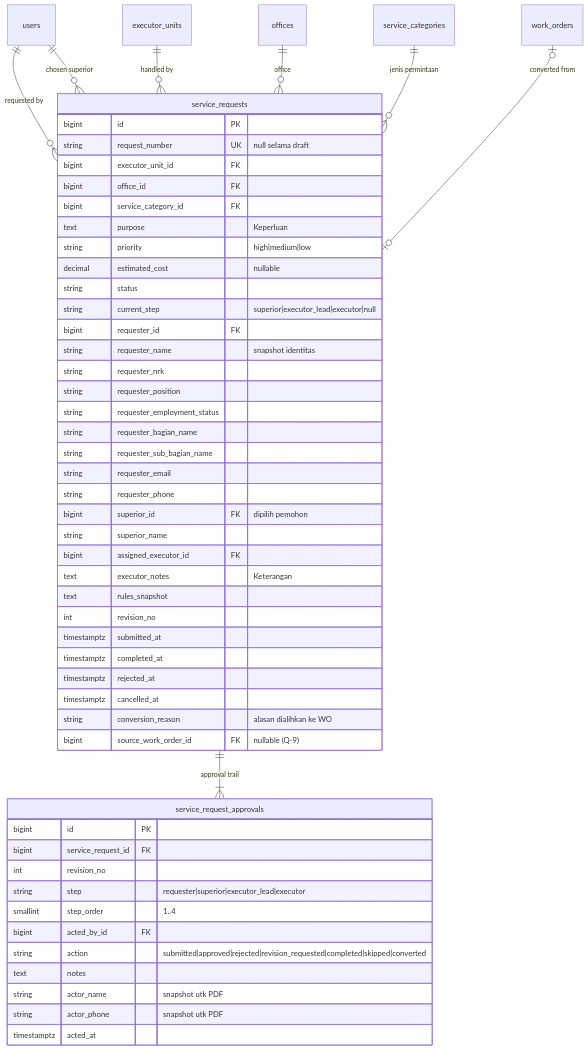
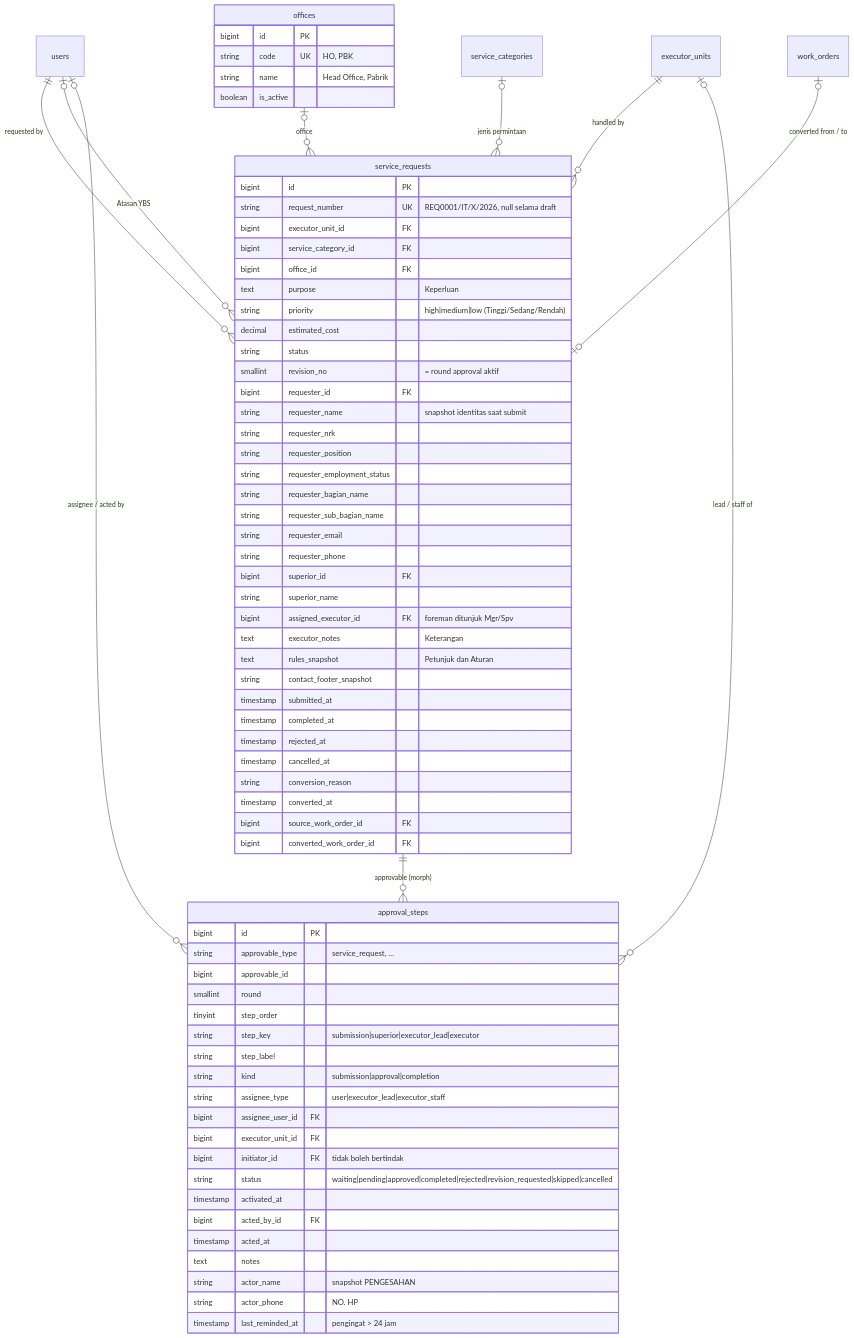
One commit to TomyLingga/pm changed the fourth of 6 diagrams in docs/ERD.md. Above: the diagram before and after it, drawn with Mermaid. The commit also changed other lines of this file and 366 other files, not shown here.

````diff
--- a/docs/ERD.md
+++ b/docs/ERD.md
@@ -390,57 +396,76 @@
 ```mermaid
 erDiagram
     users ||--o{ service_requests : "requested by"
-    users ||--o{ service_requests : "chosen superior"
+    users |o--o{ service_requests : "Atasan YBS"
     executor_units ||--o{ service_requests : "handled by"
-    offices ||--o{ service_requests : "office"
-    service_categories ||--o{ service_requests : "jenis permintaan"
-    service_requests ||--|{ service_request_approvals : "approval trail"
-    work_orders |o--o| service_requests : "converted from"
+    offices |o--o{ service_requests : "office"
+    service_categories |o--o{ service_requests : "jenis permintaan"
+    service_requests ||--o{ approval_steps : "approvable (morph)"
+    users |o--o{ approval_steps : "assignee / acted by"
+    executor_units |o--o{ approval_steps : "lead / staff of"
+    work_orders |o--o| service_requests : "converted from / to"
 
+    offices {
+        bigint id PK
+        string code UK "HO, PBK"
+        string name "Head Office, Pabrik"
+        boolean is_active
+    }
     service_requests {
         bigint id PK
-        string request_number UK "null selama draft"
+        string request_number UK "REQ0001/IT/X/2026, null selama draft"
         bigint executor_unit_id FK
+        bigint service_category_id FK
         bigint office_id FK
-        bigint service_category_id FK
         text purpose "Keperluan"
-        string priority "high|medium|low"
-        decimal estimated_cost "nullable"
+        string priority "high|medium|low (Tinggi/Sedang/Rendah)"
+        decimal estimated_cost
         string status
-        string current_step "superior|executor_lead|executor|null"
+        smallint revision_no "= round approval aktif"
         bigint requester_id FK
-        string requester_name "snapshot identitas"
+        string requester_name "snapshot identitas saat submit"
         string requester_nrk
         string requester_position
         string requester_employment_status
         string requester_bagian_name
         string requester_sub_bagian_name
         string requester_email
         string requester_phone
-        bigint superior_id FK "dipilih pemohon"
+        bigint superior_id FK
         string superior_name
-        bigint assigned_executor_id FK
+        bigint assigned_executor_id FK "foreman ditunjuk Mgr/Spv"
         text executor_notes "Keterangan"
-        text rules_snapshot
-        int revision_no
-        timestamptz submitted_at
-        timestamptz completed_at
-        timestamptz rejected_at
-        timestamptz cancelled_at
-        string conversion_reason "alasan dialihkan ke WO"
-        bigint source_work_order_id FK "nullable (Q-9)"
+        text rules_snapshot "Petunjuk dan Aturan"
+        string contact_footer_snapshot
+        timestamp submitted_at
+        timestamp completed_at
+        timestamp rejected_at
+        timestamp cancelled_at
+        string conversion_reason
+        timestamp converted_at
+        bigint source_work_order_id FK
+        bigint converted_work_order_id FK
     }
-    service_request_approvals {
+    approval_steps {
         bigint id PK
-        bigint service_request_id FK
-        int revision_no
-        string step "requester|superior|executor_lead|executor"
-        smallint step_order "1..4"
+        string approvable_type "service_request, …"
+        bigint approvable_id
+        smallint round
+        tinyint step_order
+        string step_key "submission|superior|executor_lead|executor"
+        string step_label
+        string kind "submission|approval|completion"
+        string assignee_type "user|executor_lead|executor_staff"
+        bigint assignee_user_id FK
+        bigint executor_unit_id FK
+        bigint initiator_id FK "tidak boleh bertindak"
+        string status "waiting|pending|approved|completed|rejected|revision_requested|skipped|cancelled"
+        timestamp activated_at
         bigint acted_by_id FK
-        string action "submitted|approved|rejected|revision_requested|completed|skipped|converted"
+        timestamp acted_at
         text notes
-        string actor_name "snapshot utk PDF"
-        string actor_phone "snapshot utk PDF"
-        timestamptz acted_at
+        string actor_name "snapshot PENGESAHAN"
+        string actor_phone "NO. HP"
+        timestamp last_reminded_at "pengingat > 24 jam"
     }
 ```
````
